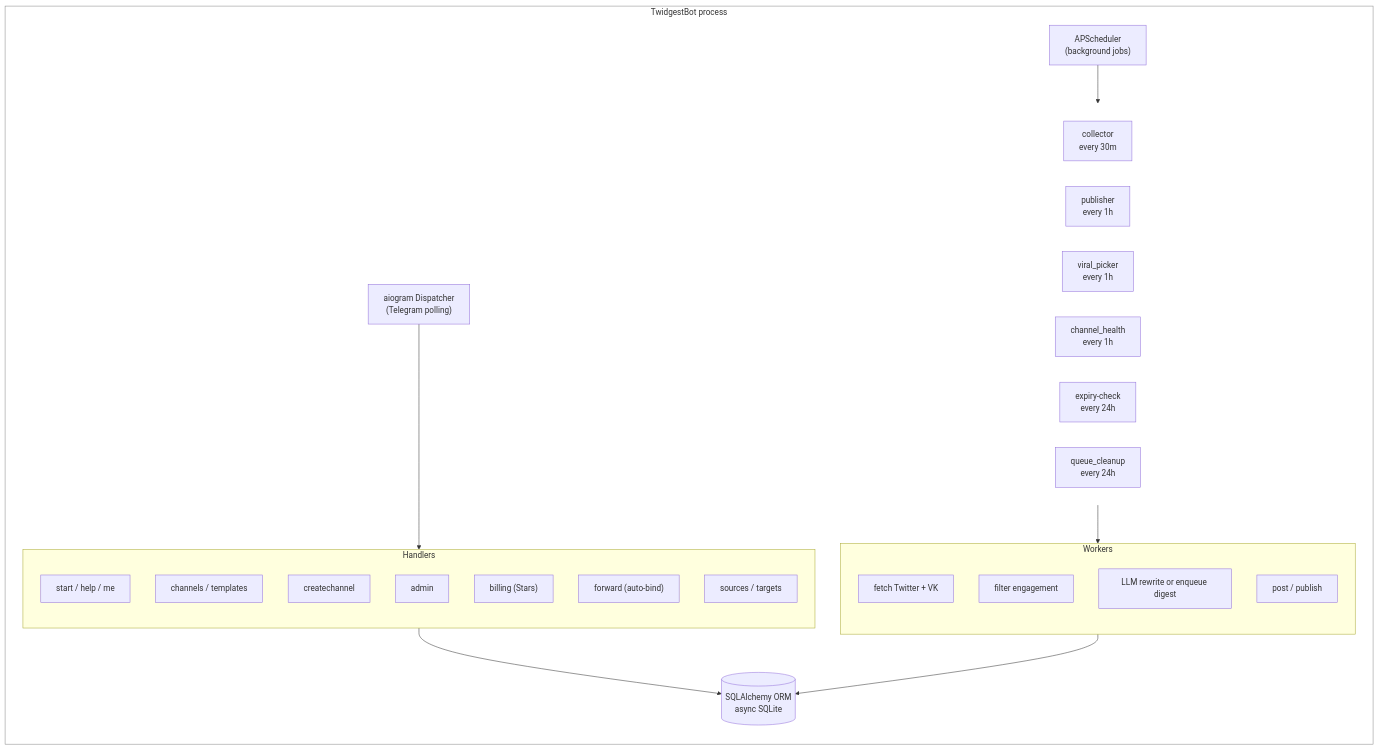
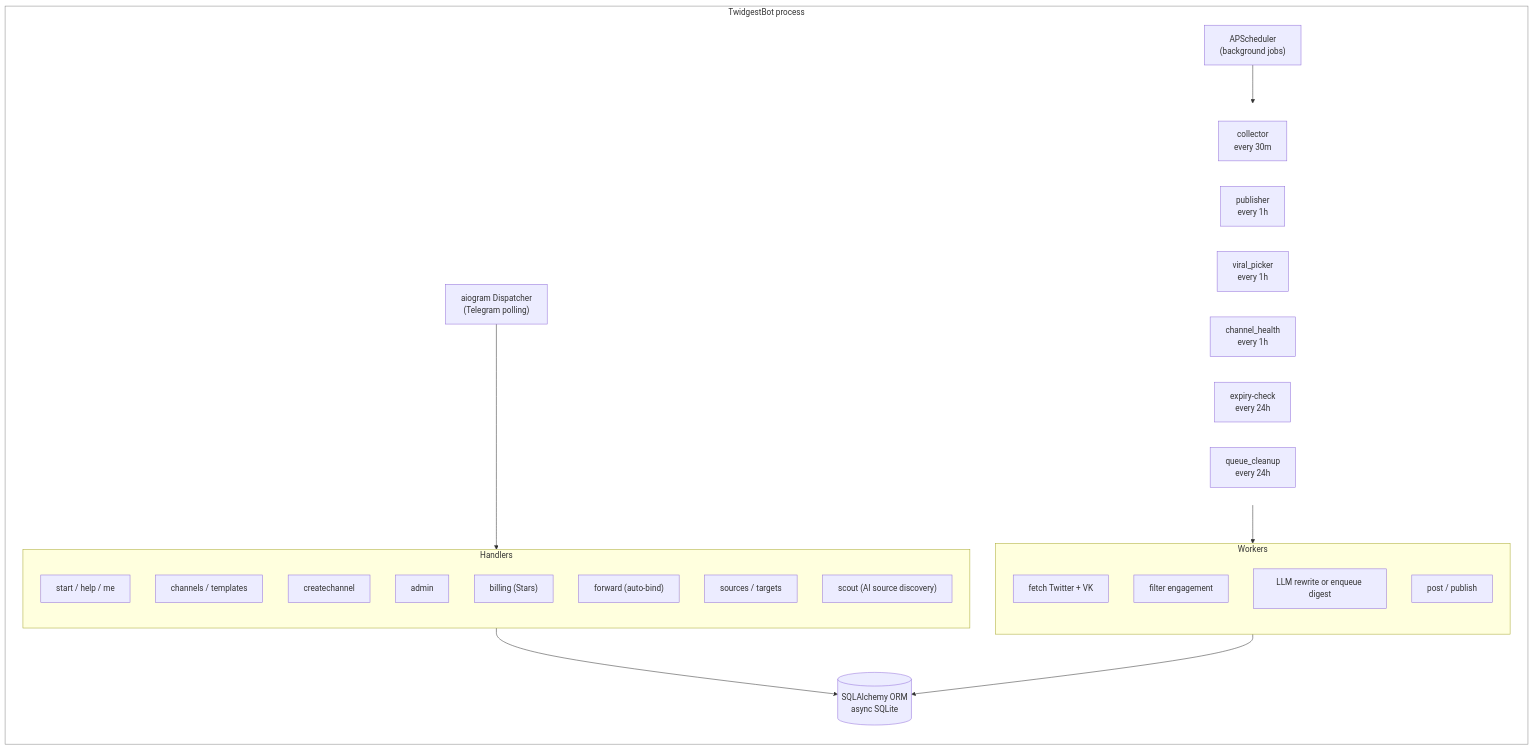
Before and after one commit to kelbic/twidgest-bot: the diagram in README.md, drawn with Mermaid. The commit also changed other lines of this file and 1 other file, not shown here.

Commit message:
docs: ranker, scout, ChannelTarget fix, WAL/backup, TTL in README + ARCHITECTURE

````diff
--- a/README.md
+++ b/README.md
@@ -40,48 +42,49 @@
 ```mermaid
 flowchart TB
     subgraph Process["TwidgestBot process"]
         direction TB
         Dispatcher["aiogram Dispatcher<br/>(Telegram polling)"]
         Scheduler["APScheduler<br/>(background jobs)"]
 
         subgraph Jobs[" "]
             direction LR
             Collector["collector<br/>every 30m"]
             Publisher["publisher<br/>every 1h"]
             ViralPicker["viral_picker<br/>every 1h"]
             ChannelHealth["channel_health<br/>every 1h"]
             Expiry["expiry-check<br/>every 24h"]
             Cleanup["queue_cleanup<br/>every 24h"]
         end
 
         subgraph Handlers["Handlers"]
             direction TB
             H1["start / help / me"]
             H2["channels / templates"]
             H3["createchannel"]
             H4["admin"]
             H5["billing (Stars)"]
             H6["forward (auto-bind)"]
             H7["sources / targets"]
+            H8["scout (AI source discovery)"]
         end
 
         subgraph Workers["Workers"]
             direction TB
             W1["fetch Twitter + VK"]
             W2["filter engagement"]
             W3["LLM rewrite or enqueue digest"]
             W4["post / publish"]
         end
 
         DB[("SQLAlchemy ORM<br/>async SQLite")]
 
         Dispatcher --> Handlers
         Scheduler --> Jobs
         Jobs --> Workers
         Handlers --> DB
         Workers --> DB
     end
 
     style Process fill:transparent,stroke:#888
     style Jobs fill:transparent,stroke:none
 ```
````
